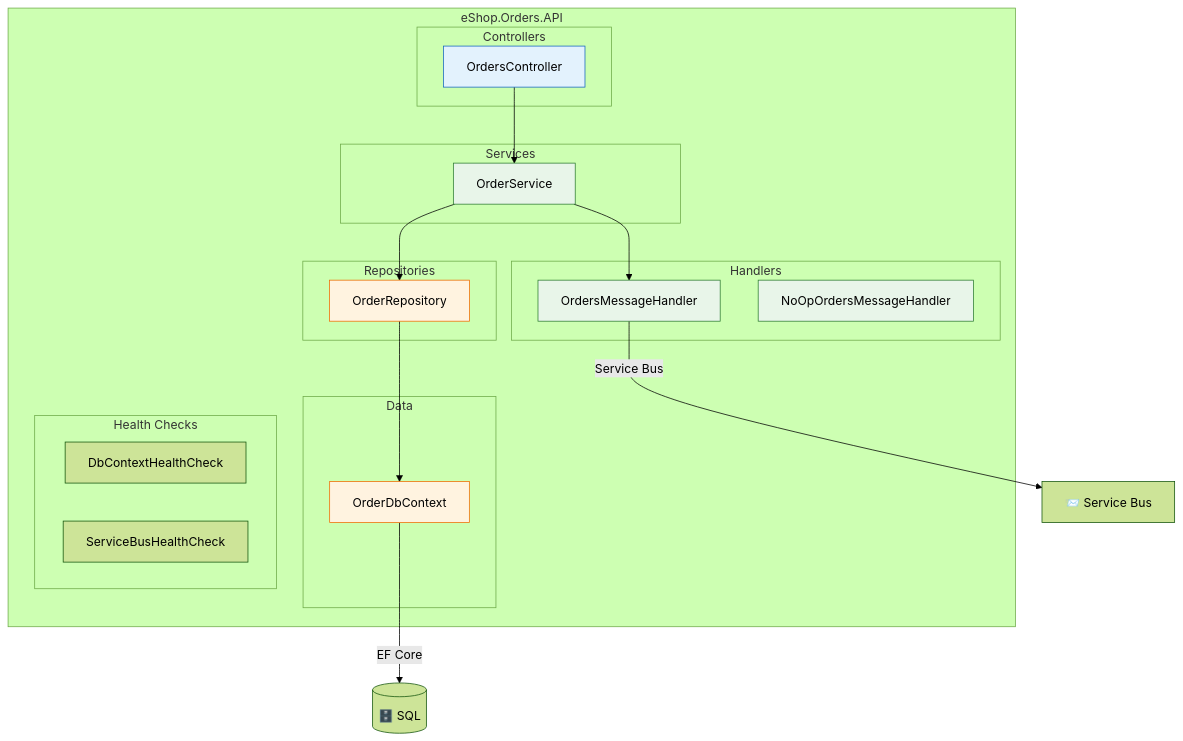
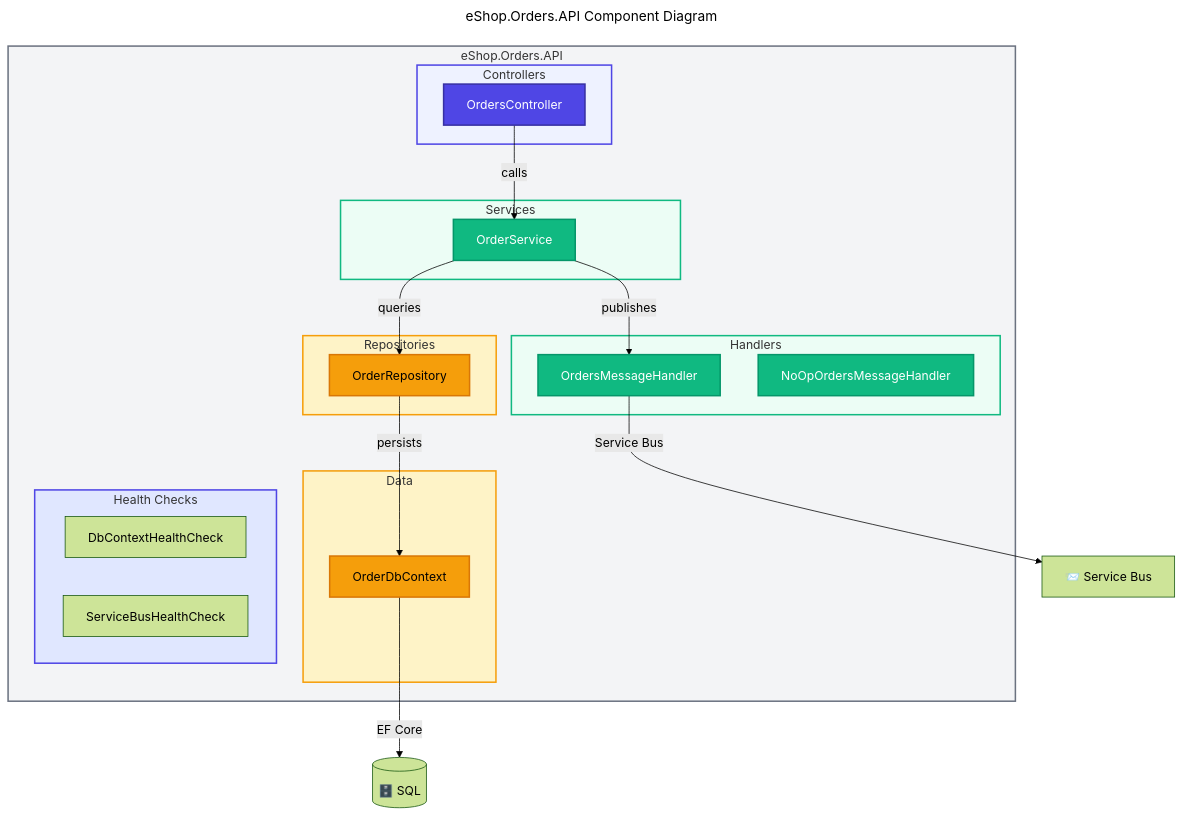
One commit to Evilazaro/Azure-LogicApps-Monitoring changed the second of 5 diagrams in docs/architecture/03-application-architecture.md. Above: the diagram before and after it, drawn with Mermaid (forest theme). The commit also changed other lines of this file, not shown here.

Commit message:
refactor: Enhance application architecture documentation with improved landscape maps, component diagrams, and communication patterns

````diff
--- a/docs/architecture/03-application-architecture.md
+++ b/docs/architecture/03-application-architecture.md
@@ -208,45 +224,61 @@
 ```mermaid
+---
+title: eShop.Orders.API Component Diagram
+---
 flowchart TB
+    %% ===== API SERVICE =====
     subgraph API["eShop.Orders.API"]
         subgraph Controllers["Controllers"]
             OC["OrdersController"]
         end
 
         subgraph Services["Services"]
             OS["OrderService"]
         end
 
         subgraph Repositories["Repositories"]
             OR["OrderRepository"]
         end
 
         subgraph Handlers["Handlers"]
             MH["OrdersMessageHandler"]
             NoOp["NoOpOrdersMessageHandler"]
         end
 
         subgraph Data["Data"]
             DbCtx["OrderDbContext"]
         end
 
         subgraph HealthChecks["Health Checks"]
             DbHC["DbContextHealthCheck"]
             SbHC["ServiceBusHealthCheck"]
         end
     end
 
-    OC --> OS
-    OS --> OR
-    OS --> MH
-    OR --> DbCtx
+    %% ===== CONNECTIONS =====
+    OC -->|"calls"| OS
+    OS -->|"queries"| OR
+    OS -->|"publishes"| MH
+    OR -->|"persists"| DbCtx
     MH -->|"Service Bus"| External["📨 Service Bus"]
     DbCtx -->|"EF Core"| DB[("🗄️ SQL")]
 
-    classDef controller fill:#e3f2fd,stroke:#1565c0
-    classDef service fill:#e8f5e9,stroke:#2e7d32
-    classDef data fill:#fff3e0,stroke:#ef6c00
+    %% ===== CLASS DEFINITIONS =====
+    classDef primary fill:#4F46E5,stroke:#3730A3,color:#FFFFFF,stroke-width:2px
+    classDef secondary fill:#10B981,stroke:#059669,color:#FFFFFF,stroke-width:2px
+    classDef datastore fill:#F59E0B,stroke:#D97706,color:#000000,stroke-width:2px
 
-    class OC controller
-    class OS,MH,NoOp service
-    class OR,DbCtx data
+    %% ===== CLASS ASSIGNMENTS =====
+    class OC primary
+    class OS,MH,NoOp secondary
+    class OR,DbCtx datastore
+
+    %% ===== SUBGRAPH STYLES =====
+    style API fill:#F3F4F6,stroke:#6B7280,stroke-width:2px
+    style Controllers fill:#EEF2FF,stroke:#4F46E5,stroke-width:2px
+    style Services fill:#ECFDF5,stroke:#10B981,stroke-width:2px
+    style Repositories fill:#FEF3C7,stroke:#F59E0B,stroke-width:2px
+    style Handlers fill:#ECFDF5,stroke:#10B981,stroke-width:2px
+    style Data fill:#FEF3C7,stroke:#F59E0B,stroke-width:2px
+    style HealthChecks fill:#E0E7FF,stroke:#4F46E5,stroke-width:2px
 ```
````
